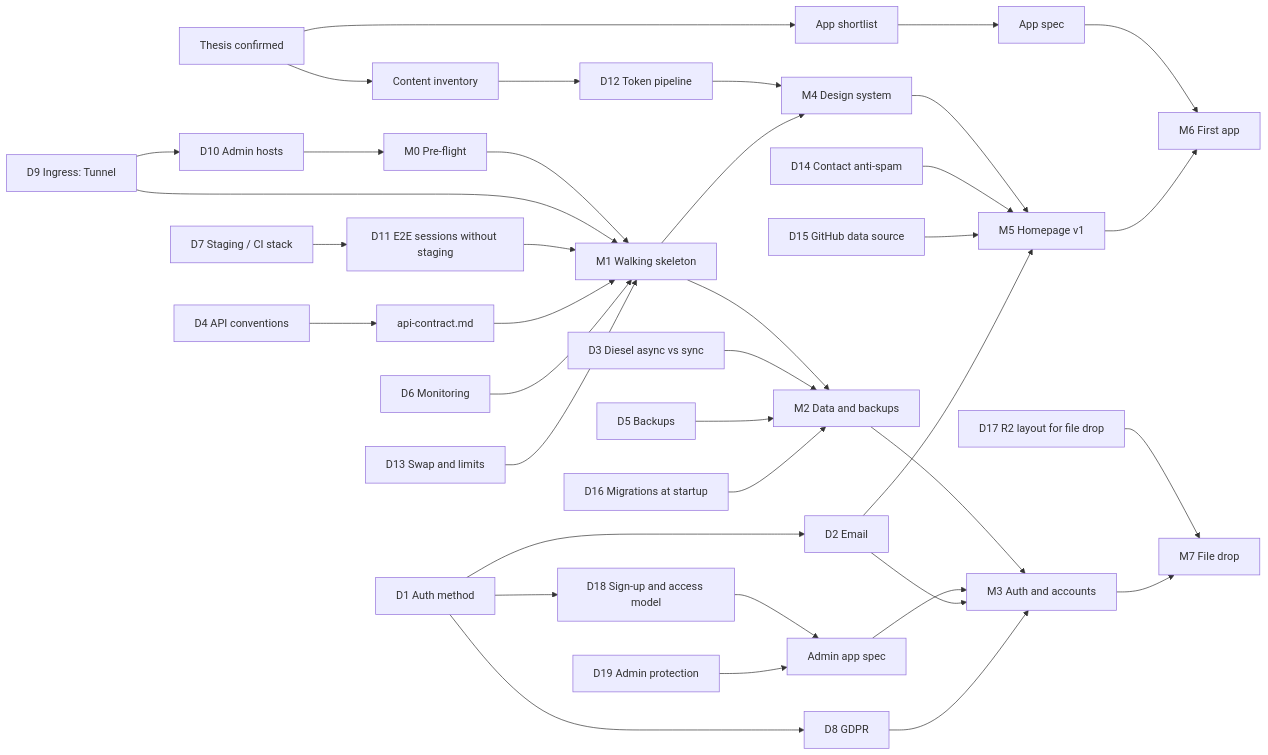
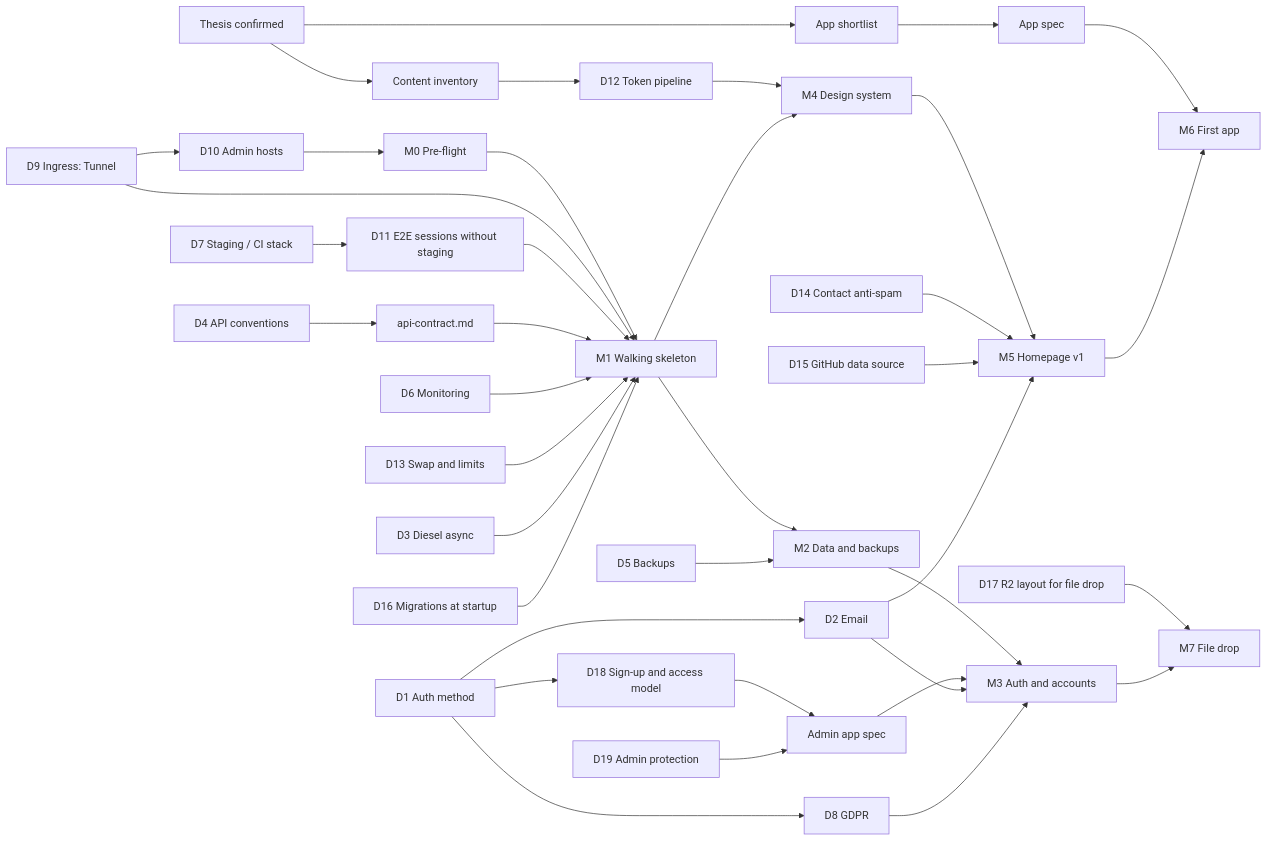
The diagram in docs/plan.md (VikingTheDev/vikingthedev-platform), drawn with Mermaid before and after one commit. The commit also changed other lines of this file and 12 other files, not shown here.

````diff
--- a/docs/plan.md
+++ b/docs/plan.md
@@ -46,41 +46,41 @@
 ```mermaid
 graph LR
   T[Thesis confirmed] --> APPS[App shortlist]
   T --> CI_INV[Content inventory]
   D9[D9 Ingress: Tunnel] --> D10[D10 Admin hosts]
   D10 --> M0[M0 Pre-flight]
   M0 --> M1
   D9 --> M1
   D7[D7 Staging / CI stack] --> D11[D11 E2E sessions without staging]
   D11 --> M1
   D4[D4 API conventions] --> CONTRACT[api-contract.md]
   CONTRACT --> M1
   D6[D6 Monitoring] --> M1
   D13[D13 Swap and limits] --> M1
   M1[M1 Walking skeleton] --> M2
-  D3[D3 Diesel async vs sync] --> M2
+  D3[D3 Diesel async] --> M1
   D5[D5 Backups] --> M2
-  D16[D16 Migrations at startup] --> M2
+  D16[D16 Migrations at startup] --> M1
   M2[M2 Data and backups] --> M3
   D1[D1 Auth method] --> D2[D2 Email]
   D1 --> D8[D8 GDPR]
   D1 --> D18[D18 Sign-up and access model]
   D18 --> ADMIN[Admin app spec]
   D19[D19 Admin protection] --> ADMIN
   ADMIN --> M3
   D2 --> M3
   D8 --> M3
   M3[M3 Auth and accounts]
   CI_INV --> D12[D12 Token pipeline]
   D12 --> M4[M4 Design system]
   M4 --> M5[M5 Homepage v1]
   M1 --> M4
   D14[D14 Contact anti-spam] --> M5
   D15[D15 GitHub data source] --> M5
   D2 --> M5
   APPS --> SPEC[App spec]
   SPEC --> M6[M6 First app]
   M5 --> M6
   D17[D17 R2 layout for file drop] --> M7[M7 File drop]
   M3 --> M7
 ```
````
